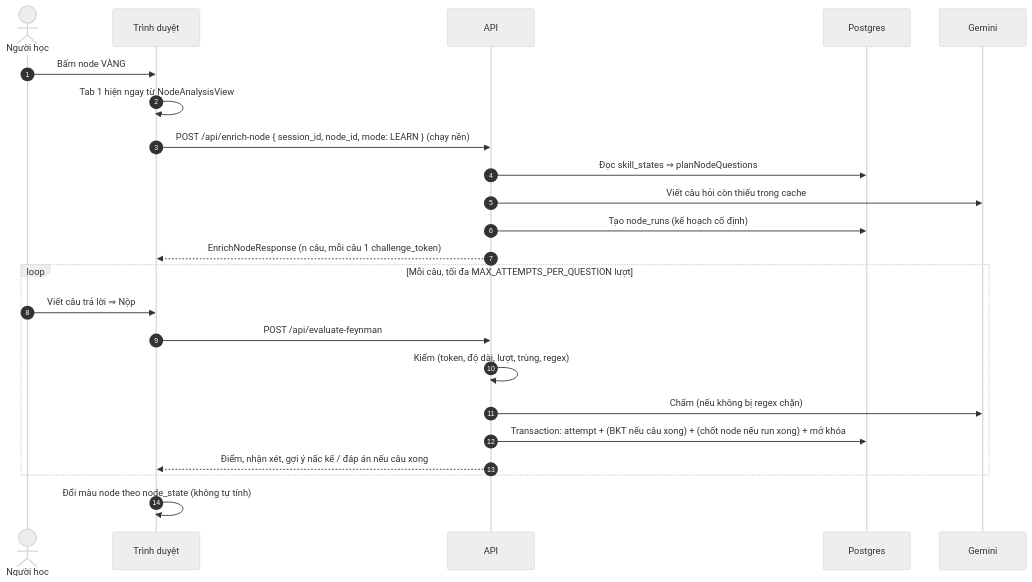
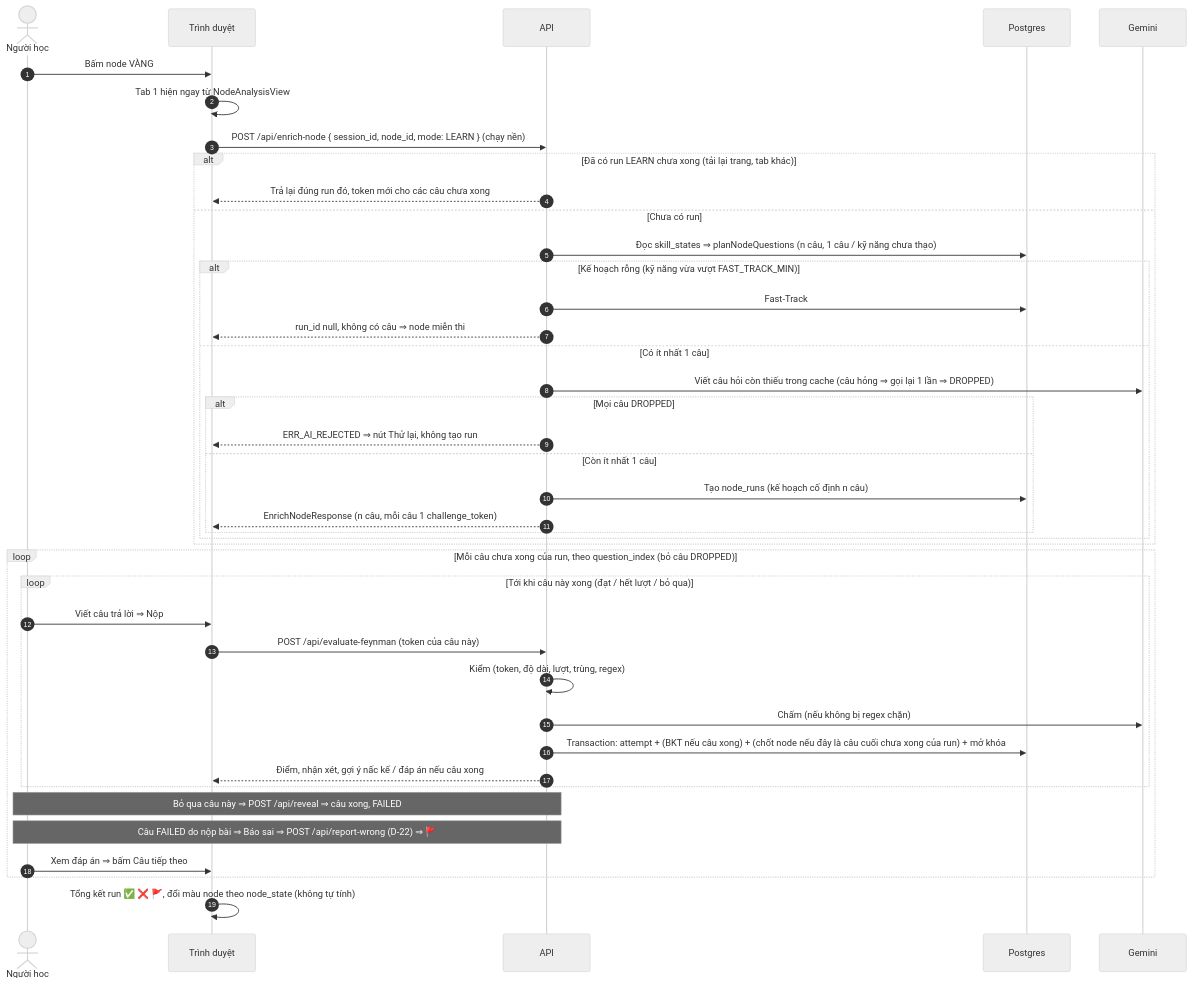
One commit to huynhthanhnhannnh-pixel/Hackathon_SGU changed the third of 4 diagrams in spec/01_KIEN_TRUC_VA_LUONG.md. Above: the diagram before and after it, drawn with Mermaid (neutral theme). The commit also changed other lines of this file and 10 other files, not shown here.

````diff
--- a/spec/01_KIEN_TRUC_VA_LUONG.md
+++ b/spec/01_KIEN_TRUC_VA_LUONG.md
@@ -117,25 +117,43 @@
 ```mermaid
 sequenceDiagram
     autonumber
     actor U as Người học
     participant FE as Trình duyệt
     participant BE as API
     participant DB as Postgres
     participant AI as Gemini
     U->>FE: Bấm node VÀNG
     FE->>FE: Tab 1 hiện ngay từ NodeAnalysisView
     FE->>BE: POST /api/enrich-node { session_id, node_id, mode: LEARN } (chạy nền)
-    BE->>DB: Đọc skill_states ⇒ planNodeQuestions
-    BE->>AI: Viết câu hỏi còn thiếu trong cache
-    BE->>DB: Tạo node_runs (kế hoạch cố định)
-    BE-->>FE: EnrichNodeResponse (n câu, mỗi câu 1 challenge_token)
-    loop Mỗi câu, tối đa MAX_ATTEMPTS_PER_QUESTION lượt
-        U->>FE: Viết câu trả lời ⇒ Nộp
-        FE->>BE: POST /api/evaluate-feynman
-        BE->>BE: Kiểm (token, độ dài, lượt, trùng, regex)
-        BE->>AI: Chấm (nếu không bị regex chặn)
-        BE->>DB: Transaction: attempt + (BKT nếu câu xong) + (chốt node nếu run xong) + mở khóa
-        BE-->>FE: Điểm, nhận xét, gợi ý nấc kế / đáp án nếu câu xong
+    alt Đã có run LEARN chưa xong (tải lại trang, tab khác)
+        BE-->>FE: Trả lại đúng run đó, token mới cho các câu chưa xong
+    else Chưa có run
+        BE->>DB: Đọc skill_states ⇒ planNodeQuestions (n câu, 1 câu / kỹ năng chưa thạo)
+        alt Kế hoạch rỗng (kỹ năng vừa vượt FAST_TRACK_MIN)
+            BE->>DB: Fast-Track
+            BE-->>FE: run_id null, không có câu ⇒ node miễn thi
+        else Có ít nhất 1 câu
+            BE->>AI: Viết câu hỏi còn thiếu trong cache (câu hỏng ⇒ gọi lại 1 lần ⇒ DROPPED)
+            alt Mọi câu DROPPED
+                BE-->>FE: ERR_AI_REJECTED ⇒ nút Thử lại, không tạo run
+            else Còn ít nhất 1 câu
+                BE->>DB: Tạo node_runs (kế hoạch cố định n câu)
+                BE-->>FE: EnrichNodeResponse (n câu, mỗi câu 1 challenge_token)
+            end
+        end
     end
-    FE->>FE: Đổi màu node theo node_state (không tự tính)
+    loop Mỗi câu chưa xong của run, theo question_index (bỏ câu DROPPED)
+        loop Tới khi câu này xong (đạt / hết lượt / bỏ qua)
+            U->>FE: Viết câu trả lời ⇒ Nộp
+            FE->>BE: POST /api/evaluate-feynman (token của câu này)
+            BE->>BE: Kiểm (token, độ dài, lượt, trùng, regex)
+            BE->>AI: Chấm (nếu không bị regex chặn)
+            BE->>DB: Transaction: attempt + (BKT nếu câu xong) + (chốt node nếu đây là câu cuối chưa xong của run) + mở khóa
+            BE-->>FE: Điểm, nhận xét, gợi ý nấc kế / đáp án nếu câu xong
+        end
+        Note over U,BE: Bỏ qua câu này ⇒ POST /api/reveal ⇒ câu xong, FAILED
+        Note over U,BE: Câu FAILED do nộp bài ⇒ Báo sai ⇒ POST /api/report-wrong (D-22) ⇒ 🚩
+        U->>FE: Xem đáp án ⇒ bấm Câu tiếp theo
+    end
+    FE->>FE: Tổng kết run ✅ ❌ 🚩, đổi màu node theo node_state (không tự tính)
 ```
````
